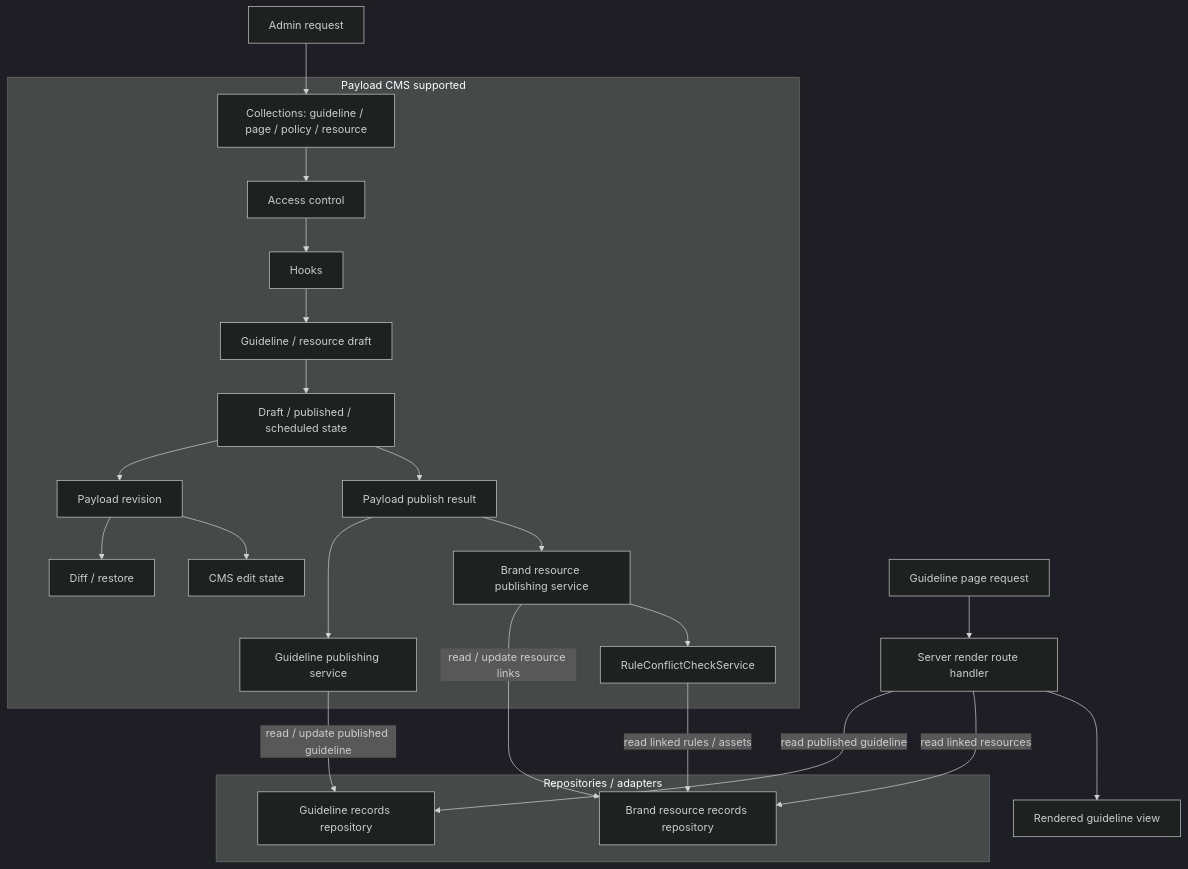
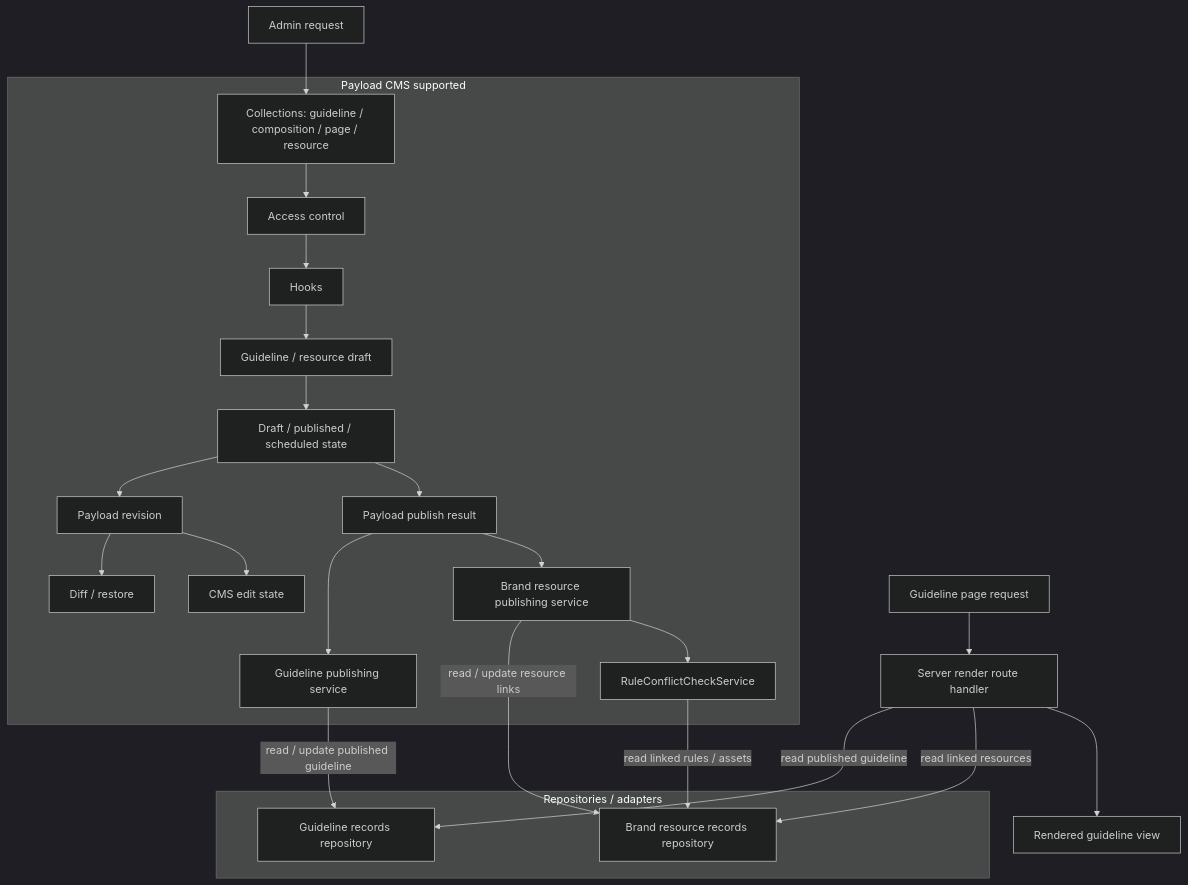
The second of 8 diagrams in docs/05-system-architecture.md (ewoooo/living-brand-system), drawn with Mermaid (dark theme) before and after one commit. The commit also changed other lines of this file and 17 other files, not shown here.

````diff
--- a/docs/05-system-architecture.md
+++ b/docs/05-system-architecture.md
@@ -264,50 +264,50 @@
 ```mermaid
 flowchart TB
   AdminRequest["Admin request"]
   GuidelineRequest["Guideline page request"]
 
   subgraph PayloadSupported["Payload CMS supported"]
-    Collections["Collections: guideline / page / policy / resource"]
+    Collections["Collections: guideline / composition / page / resource"]
     Access["Access control"]
     Hooks["Hooks"]
     Draft["Guideline / resource draft"]
     PublishState["Draft / published / scheduled state"]
     Revision["Payload revision"]
     DiffRestore["Diff / restore"]
     EditState["CMS edit state"]
     PublishResult["Payload publish result"]
     GuidelineService["Guideline publishing service"]
     ResourceService["Brand resource publishing service"]
     ConflictCheck["RuleConflictCheckService"]
   end
 
   subgraph Repositories["Repositories / adapters"]
     GuidelineRepository["Guideline records repository"]
     BrandResourceRepository["Brand resource records repository"]
   end
 
   ServerRender["Server render route handler"]
   RenderedView["Rendered guideline view"]
 
   AdminRequest --> Collections
   Collections --> Access
   Access --> Hooks
   Hooks --> Draft
   Draft --> PublishState
   PublishState --> Revision
   Revision --> DiffRestore
   Revision --> EditState
 
   PublishState --> PublishResult
   PublishResult --> GuidelineService
   PublishResult --> ResourceService
   GuidelineService -->|"read / update published guideline"| GuidelineRepository
   ResourceService -->|"read / update resource links"| BrandResourceRepository
   ResourceService --> ConflictCheck
   ConflictCheck -->|"read linked rules / assets"| BrandResourceRepository
 
   GuidelineRequest --> ServerRender
   ServerRender -->|"read published guideline"| GuidelineRepository
   ServerRender -->|"read linked resources"| BrandResourceRepository
   ServerRender --> RenderedView
 ```
````
